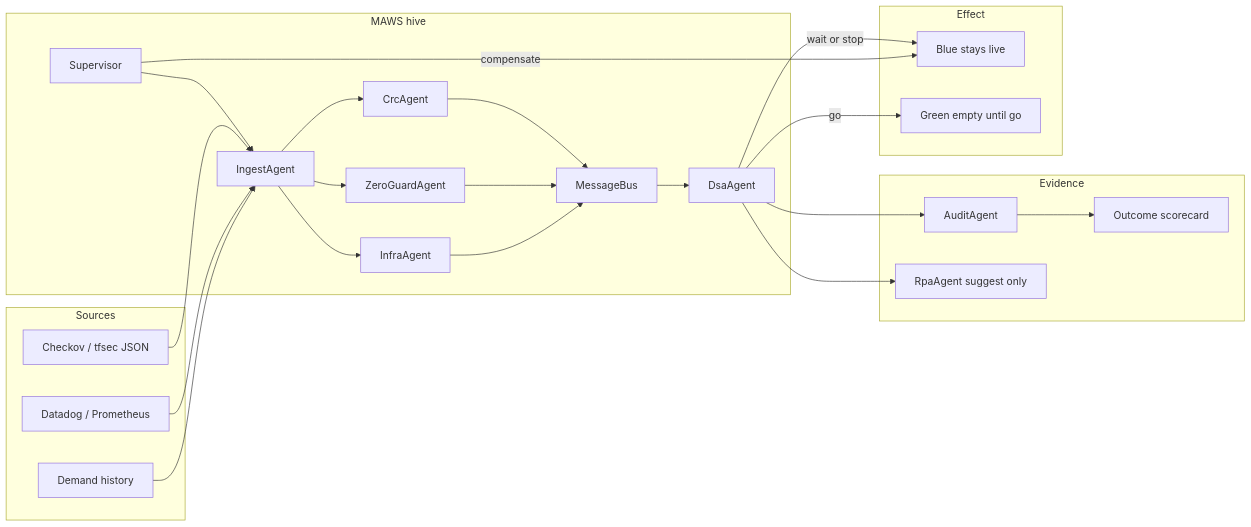
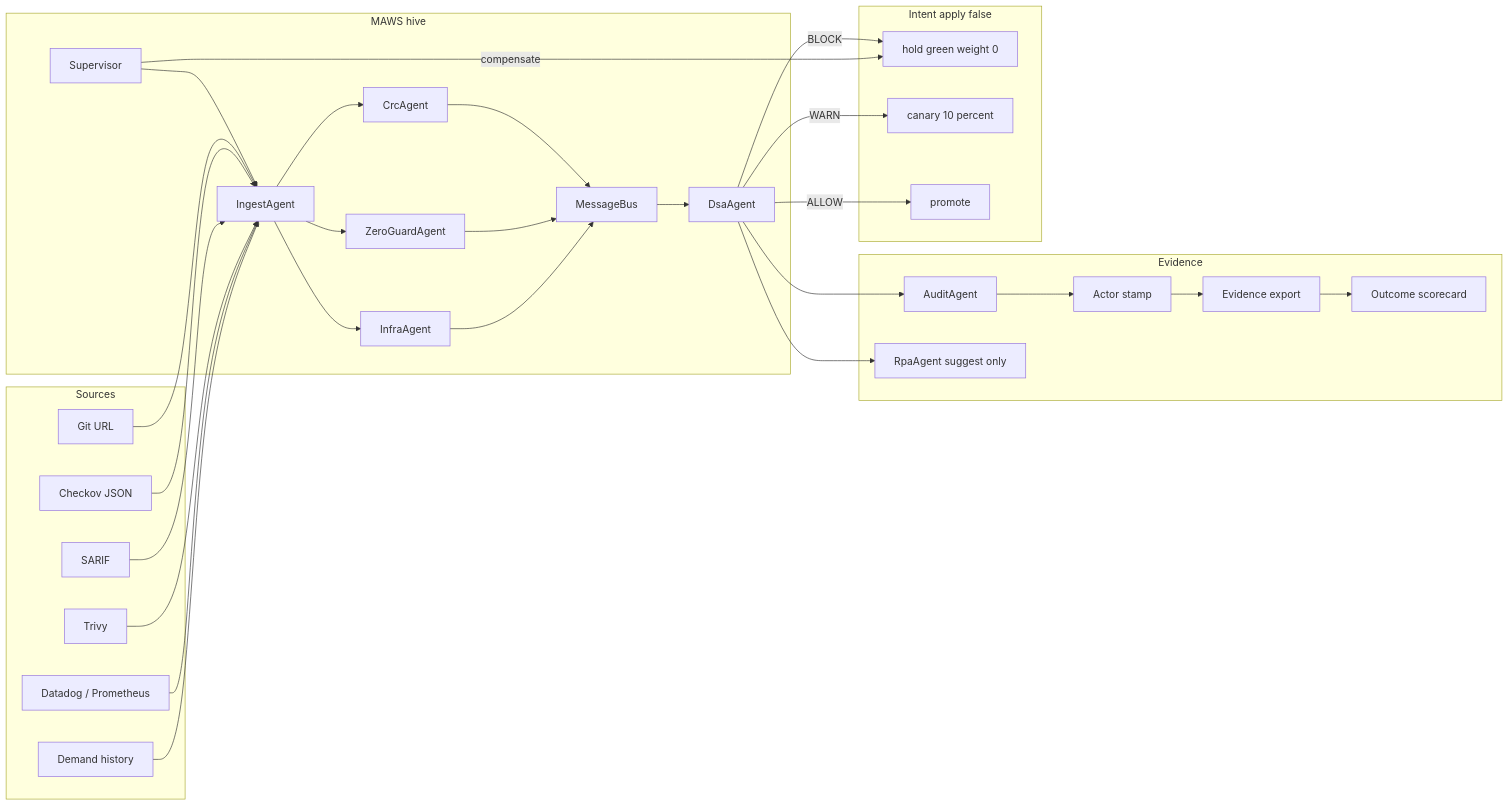
Before and after one commit to harishapuri/unifiedframework: the second of 6 diagrams in ARCHITECTURE.md, drawn with Mermaid. The commit also changed other lines of this file and 17 other files, not shown here.

Commit message:
Ship corporate adapters and refresh architecture diagrams for scanners, hive, and traffic intent.

````diff
--- a/ARCHITECTURE.md
+++ b/ARCHITECTURE.md
@@ -137,42 +151,52 @@
 ```mermaid
 flowchart LR
   subgraph sources [Sources]
-    CK[Checkov / tfsec JSON]
+    GIT[Git URL]
+    CK[Checkov JSON]
+    SARIF[SARIF]
+    TRIVY[Trivy]
     DD[Datadog / Prometheus]
     HIST[Demand history]
   end
 
   subgraph hive [MAWS hive]
     SUP[Supervisor]
     IN[IngestAgent]
     CRC[CrcAgent]
     ZG[ZeroGuardAgent]
     IA[InfraAgent]
     BUS[MessageBus]
     DSA[DsaAgent]
     SUP --> IN --> CRC --> BUS
     IN --> ZG --> BUS
     IN --> IA --> BUS
     BUS --> DSA
   end
 
   subgraph evidence [Evidence]
     AUD[AuditAgent]
+    ACT[Actor stamp]
+    EXP[Evidence export]
     SC[Outcome scorecard]
     RPA[RpaAgent suggest only]
   end
 
-  subgraph effect [Effect]
-    BLU[Blue stays live]
-    GRN[Green empty until go]
+  subgraph effect [Intent apply false]
+    HOLD[hold green weight 0]
+    CAN[canary 10 percent]
+    PROM[promote]
   end
 
+  GIT --> IN
   CK --> IN
+  SARIF --> IN
+  TRIVY --> IN
   DD --> IN
   HIST --> IN
-  DSA --> AUD --> SC
+  DSA --> AUD --> ACT --> EXP --> SC
   DSA --> RPA
-  DSA -->|go| GRN
-  DSA -->|wait or stop| BLU
-  SUP -->|compensate| BLU
+  DSA -->|BLOCK| HOLD
+  DSA -->|WARN| CAN
+  DSA -->|ALLOW| PROM
+  SUP -->|compensate| HOLD
 ```
````
